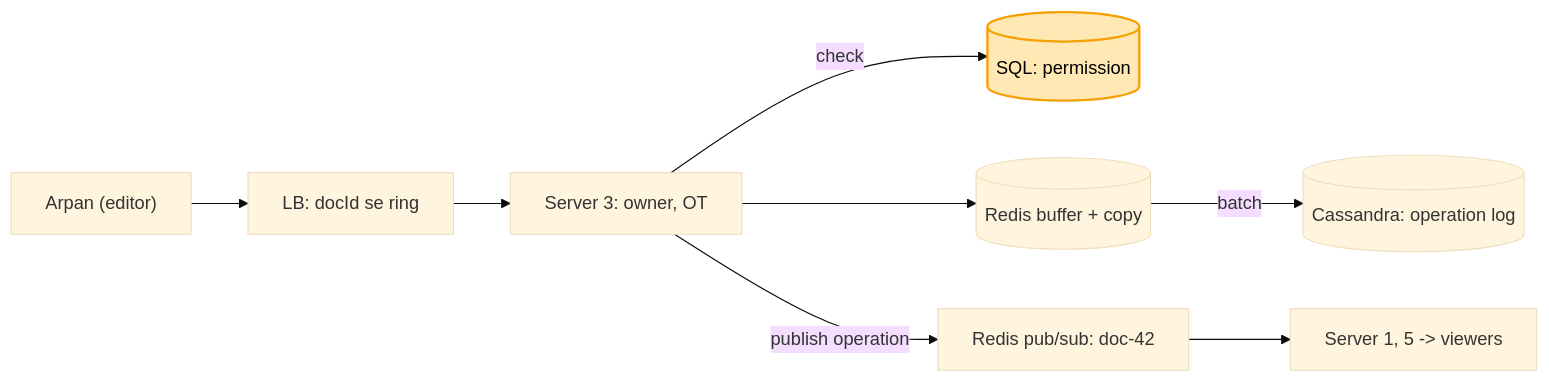
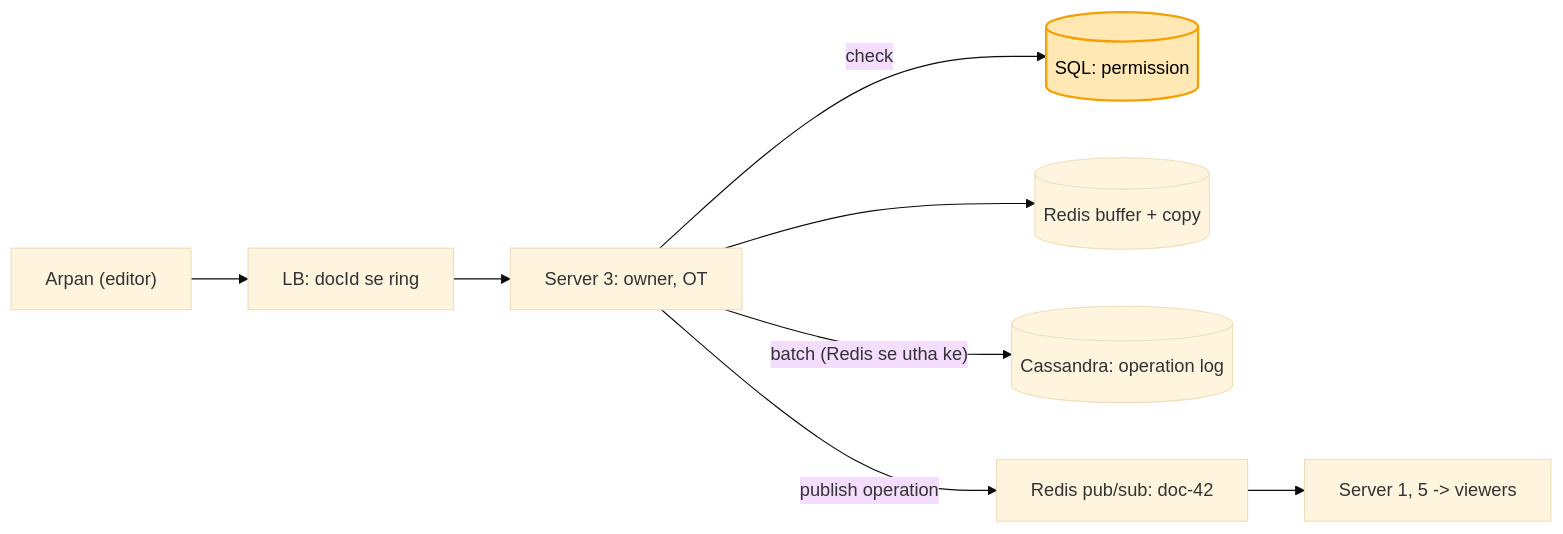
Before and after one commit to ArpanMaheshwari144/Prep: the ninth of 9 diagrams in 04_HLD/SYSTEM_DESIGNS/11_google_docs_collab/11_google_docs_collab.md, drawn with Mermaid (base theme). The commit also changed other lines of this file and 9 other files, not shown here.

Commit message:
audit: 01-12 ki seedhi galtiyan (number, naam, diagram teer, chhote shabd, Redis WAIT)

````diff
--- a/04_HLD/SYSTEM_DESIGNS/11_google_docs_collab/11_google_docs_collab.md
+++ b/04_HLD/SYSTEM_DESIGNS/11_google_docs_collab/11_google_docs_collab.md
@@ -355,11 +356,11 @@
 ```mermaid
 flowchart LR
     A["Arpan (editor)"] --> LB["LB: docId se ring"]
     LB --> S3["Server 3: owner, OT"]
     S3 -- "check" --> Q[("SQL: permission")]
     S3 --> B[("Redis buffer + copy")]
-    B -- "batch" --> C[("Cassandra: operation log")]
+    S3 -- "batch (Redis se utha ke)" --> C[("Cassandra: operation log")]
     S3 -- "publish operation" --> P["Redis pub/sub: doc-42"]
     P --> V["Server 1, 5 -> viewers"]
     style Q fill:#ffe8b3,stroke:#f59f00,stroke-width:2px,color:#000
 ```
````
